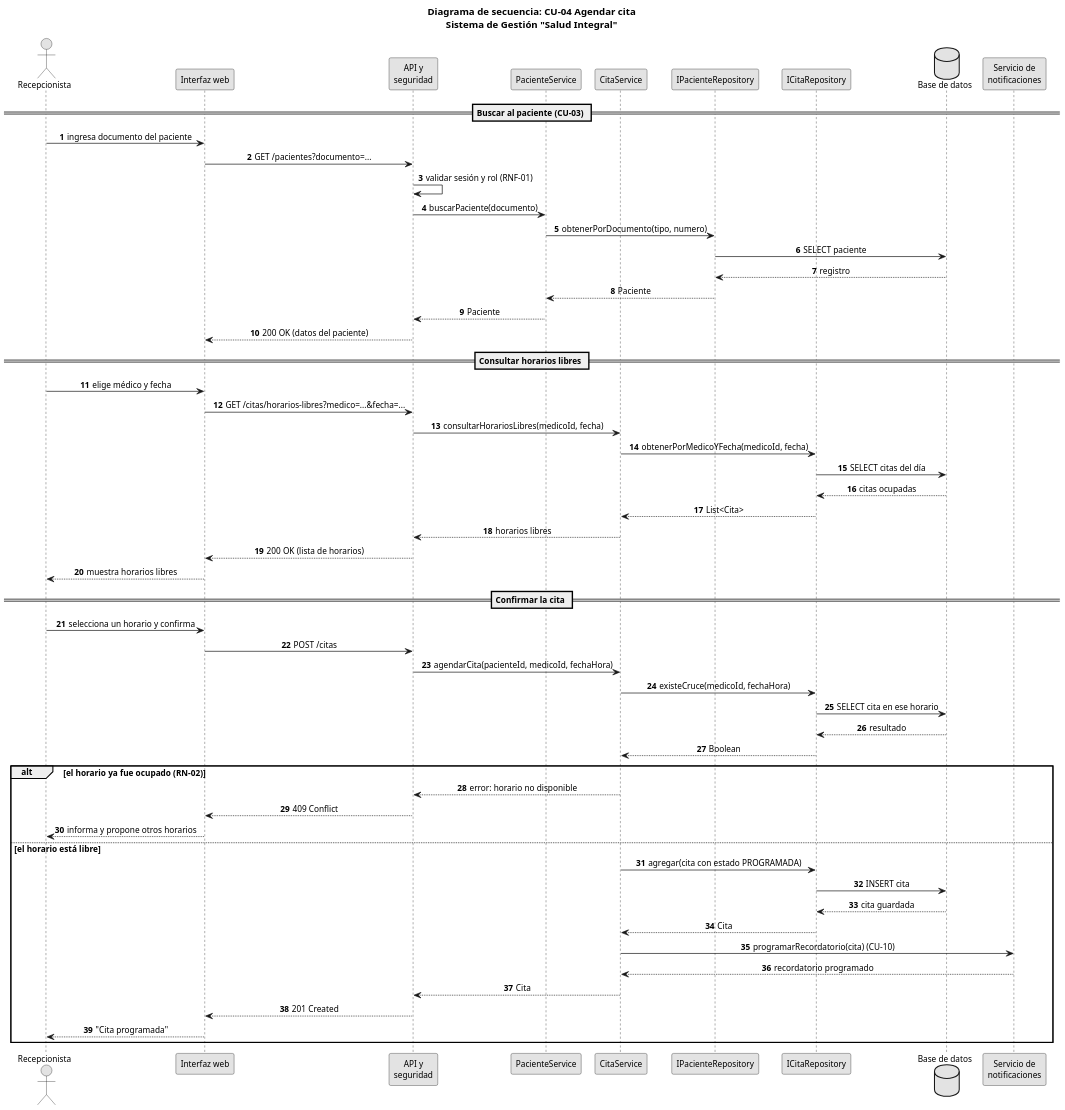
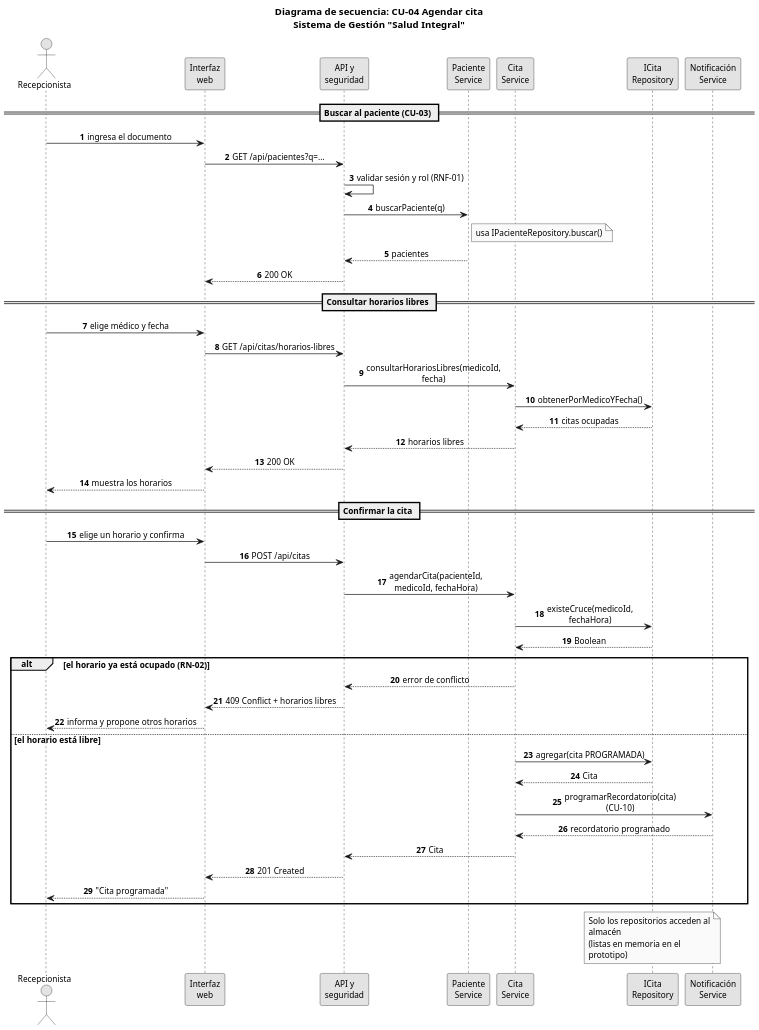
One commit to JNACHO2001/consultorio-medico changed the diagram in docs/uml/03_secuencia_agendar_cita.puml. Above: the diagram before and after it, drawn with PlantUML.

Commit message:
docs(uml): sincronizar el diagrama de secuencia con las rutas reales de la API

```diff
--- a/docs/uml/03_secuencia_agendar_cita.puml
+++ b/docs/uml/03_secuencia_agendar_cita.puml
@@ -1,75 +1,68 @@
 @startuml 03_secuencia_agendar_cita
 ' Diagrama de secuencia: CU-04 Agendar cita (incluye CU-03 Buscar paciente y CU-10 Enviar recordatorio)
 ' Fuente: Documento de Levantamiento de Requerimientos, sección 10.3
 
 skinparam monochrome true
 skinparam shadowing false
 skinparam dpi 150
 skinparam defaultFontSize 12
 skinparam sequenceMessageAlign center
 skinparam responseMessageBelowArrow true
+skinparam wrapWidth 190
+skinparam maxMessageSize 190
 
 title Diagrama de secuencia: CU-04 Agendar cita\nSistema de Gestión "Salud Integral"
 
 actor "Recepcionista" as REC
-participant "Interfaz web" as UI
+participant "Interfaz\nweb" as UI
 participant "API y\nseguridad" as API
-participant "PacienteService" as PS
-participant "CitaService" as CS
-participant "IPacienteRepository" as PR
-participant "ICitaRepository" as CR
-database "Base de datos" as BD
-participant "Servicio de\nnotificaciones" as NOT
+participant "Paciente\nService" as PS
+participant "Cita\nService" as CS
+participant "ICita\nRepository" as CR
+participant "Notificación\nService" as NOT
 
 autonumber
 
 == Buscar al paciente (CU-03) ==
-REC -> UI : ingresa documento del paciente
-UI -> API : GET /pacientes?documento=...
+REC -> UI : ingresa el documento
+UI -> API : GET /api/pacientes?q=...
 API -> API : validar sesión y rol (RNF-01)
-API -> PS : buscarPaciente(documento)
-PS -> PR : obtenerPorDocumento(tipo, numero)
-PR -> BD : SELECT paciente
-BD --> PR : registro
-PR --> PS : Paciente
-PS --> API : Paciente
-API --> UI : 200 OK (datos del paciente)
+API -> PS : buscarPaciente(q)
+note right of PS : usa IPacienteRepository.buscar()
+PS --> API : pacientes
+API --> UI : 200 OK
 
 == Consultar horarios libres ==
 REC -> UI : elige médico y fecha
-UI -> API : GET /citas/horarios-libres?medico=...&fecha=...
+UI -> API : GET /api/citas/horarios-libres
 API -> CS : consultarHorariosLibres(medicoId, fecha)
-CS -> CR : obtenerPorMedicoYFecha(medicoId, fecha)
-CR -> BD : SELECT citas del día
-BD --> CR : citas ocupadas
-CR --> CS : List<Cita>
+CS -> CR : obtenerPorMedicoYFecha()
+CR --> CS : citas ocupadas
 CS --> API : horarios libres
-API --> UI : 200 OK (lista de horarios)
-UI --> REC : muestra horarios libres
+API --> UI : 200 OK
+UI --> REC : muestra los horarios
 
 == Confirmar la cita ==
-REC -> UI : selecciona un horario y confirma
-UI -> API : POST /citas
+REC -> UI : elige un horario y confirma
+UI -> API : POST /api/citas
 API -> CS : agendarCita(pacienteId, medicoId, fechaHora)
 CS -> CR : existeCruce(medicoId, fechaHora)
-CR -> BD : SELECT cita en ese horario
-BD --> CR : resultado
 CR --> CS : Boolean
 
-alt el horario ya fue ocupado (RN-02)
-  CS --> API : error: horario no disponible
-  API --> UI : 409 Conflict
+alt el horario ya está ocupado (RN-02)
+  CS --> API : error de conflicto
+  API --> UI : 409 Conflict + horarios libres
   UI --> REC : informa y propone otros horarios
 else el horario está libre
-  CS -> CR : agregar(cita con estado PROGRAMADA)
-  CR -> BD : INSERT cita
-  BD --> CR : cita guardada
+  CS -> CR : agregar(cita PROGRAMADA)
   CR --> CS : Cita
   CS -> NOT : programarRecordatorio(cita) (CU-10)
   NOT --> CS : recordatorio programado
   CS --> API : Cita
   API --> UI : 201 Created
   UI --> REC : "Cita programada"
 end
 
+note over CR : Solo los repositorios acceden al almacén\n(listas en memoria en el prototipo)
+
 @enduml
```
